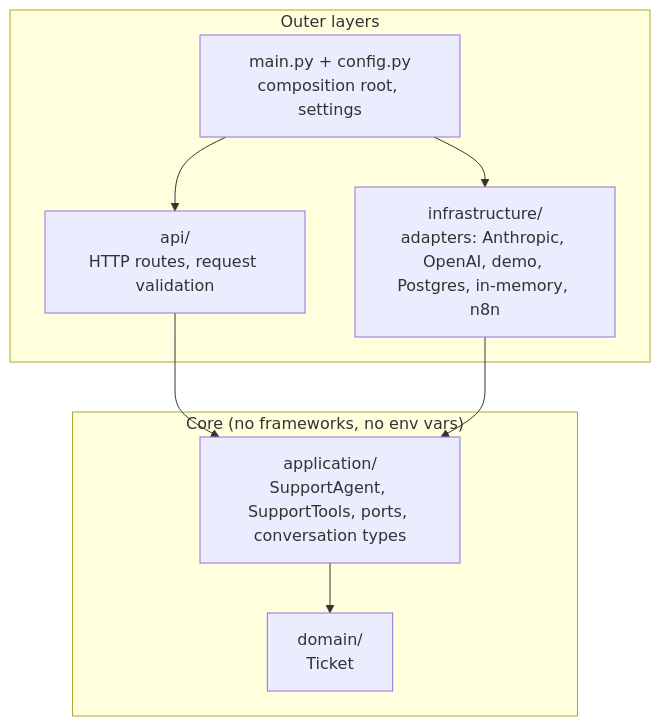
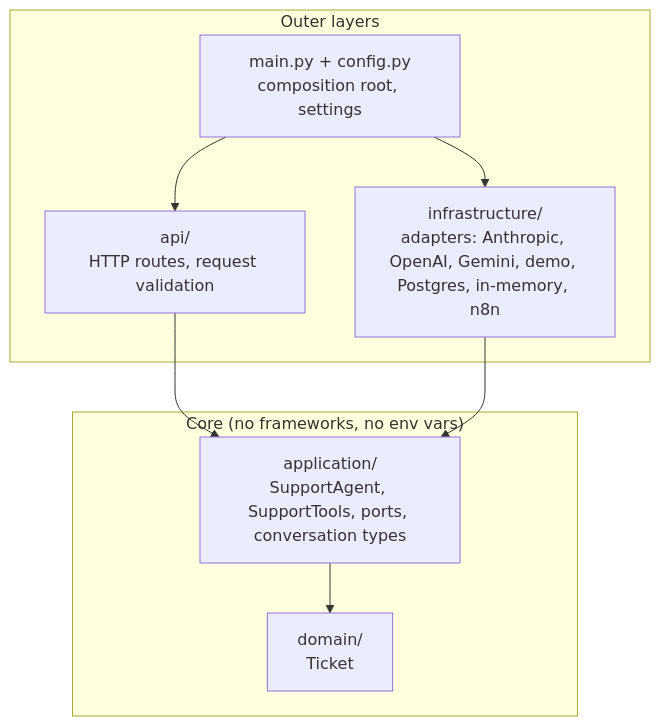
One commit to Goncar29/ai-support-assistant changed the second of 4 diagrams in ARCHITECTURE.md. Above: the diagram before and after it, drawn with Mermaid. The commit also changed other lines of this file and 8 other files, not shown here.

````diff
--- a/ARCHITECTURE.md
+++ b/ARCHITECTURE.md
@@ -33,17 +33,17 @@
 ```mermaid
 flowchart TB
     subgraph Outside["Outer layers"]
         API["api/<br/>HTTP routes, request validation"]
-        INF["infrastructure/<br/>adapters: Anthropic, OpenAI, demo, Postgres, in-memory, n8n"]
+        INF["infrastructure/<br/>adapters: Anthropic, OpenAI, Gemini, demo, Postgres, in-memory, n8n"]
         MAIN["main.py + config.py<br/>composition root, settings"]
     end
     subgraph Core["Core (no frameworks, no env vars)"]
         APP["application/<br/>SupportAgent, SupportTools, ports, conversation types"]
         DOM["domain/<br/>Ticket"]
     end
     API --> APP
     INF --> APP
     MAIN --> API
     MAIN --> INF
     APP --> DOM
 ```
````
